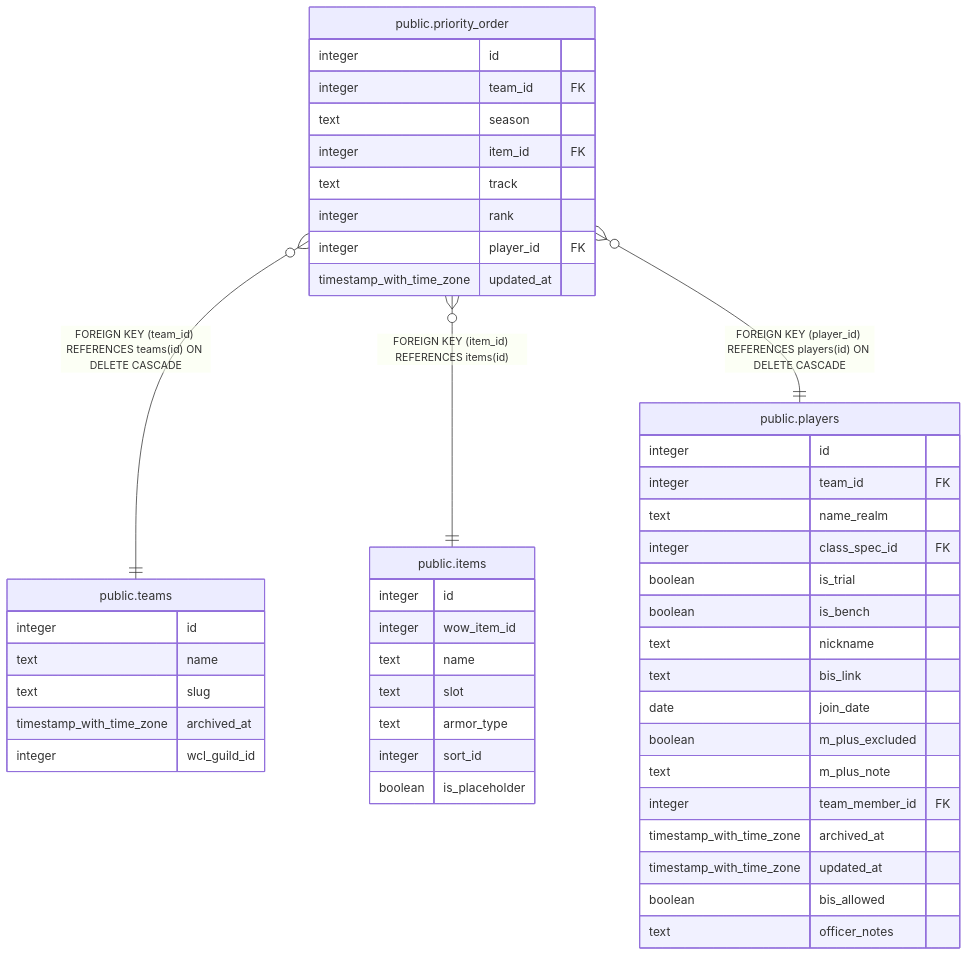
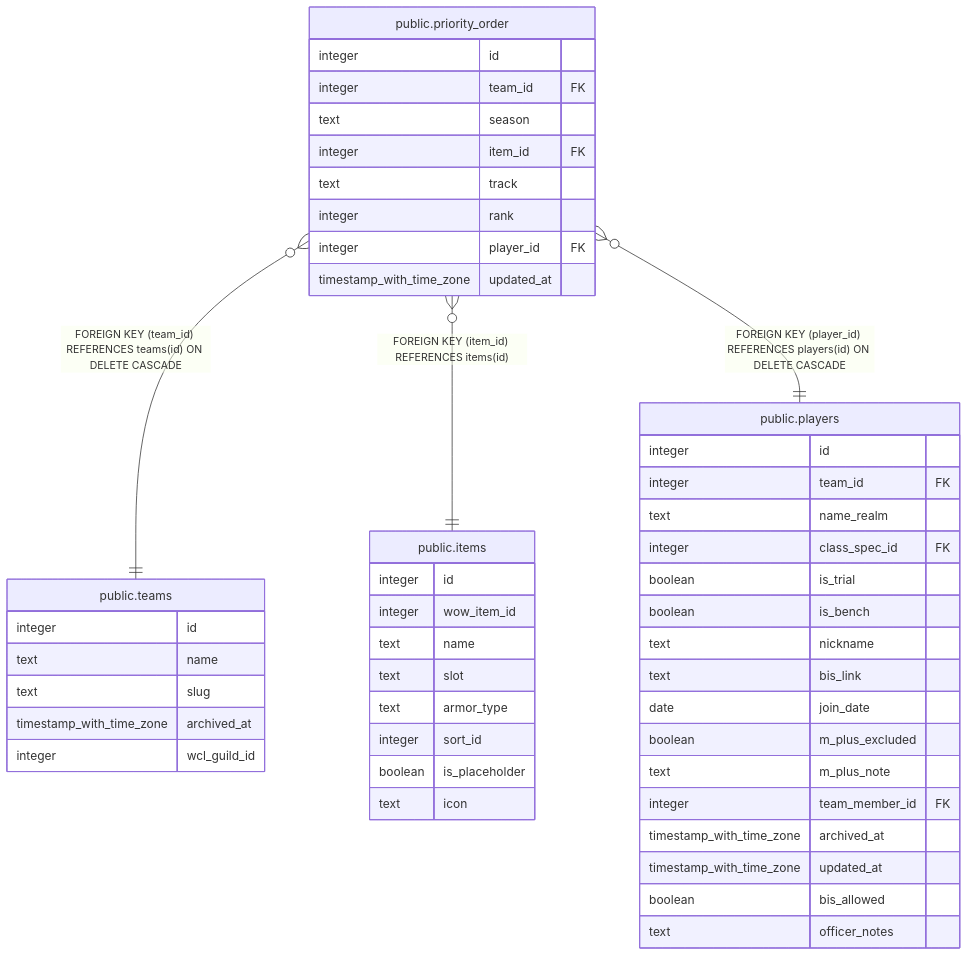
The diagram in dbdoc/public.priority_order.md (katogaming88/WGA-Raid-Hub), drawn with Mermaid before and after one commit. The commit also changed 29 other files, not shown here.

````diff
--- a/dbdoc/public.priority_order.md
+++ b/dbdoc/public.priority_order.md
@@ -45,52 +45,53 @@
 ```mermaid
 erDiagram
 
 "public.priority_order" }o--|| "public.teams" : "FOREIGN KEY (team_id) REFERENCES teams(id) ON DELETE CASCADE"
 "public.priority_order" }o--|| "public.items" : "FOREIGN KEY (item_id) REFERENCES items(id)"
 "public.priority_order" }o--|| "public.players" : "FOREIGN KEY (player_id) REFERENCES players(id) ON DELETE CASCADE"
 
 "public.priority_order" {
   integer id
   integer team_id FK
   text season
   integer item_id FK
   text track
   integer rank
   integer player_id FK
   timestamp_with_time_zone updated_at
 }
 "public.teams" {
   integer id
   text name
   text slug
   timestamp_with_time_zone archived_at
   integer wcl_guild_id
 }
 "public.items" {
   integer id
   integer wow_item_id
   text name
   text slot
   text armor_type
   integer sort_id
   boolean is_placeholder
+  text icon
 }
 "public.players" {
   integer id
   integer team_id FK
   text name_realm
   integer class_spec_id FK
   boolean is_trial
   boolean is_bench
   text nickname
   text bis_link
   date join_date
   boolean m_plus_excluded
   text m_plus_note
   integer team_member_id FK
   timestamp_with_time_zone archived_at
   timestamp_with_time_zone updated_at
   boolean bis_allowed
   text officer_notes
 }
 ```
````
